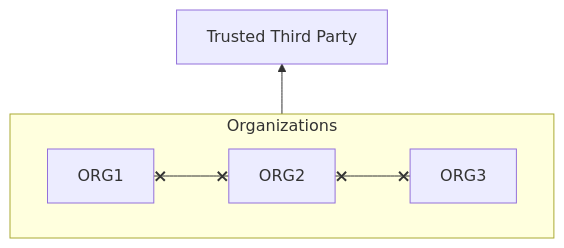
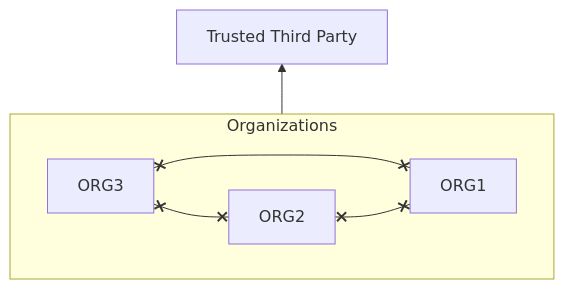
One commit to sawft99/Obsidian-SecPlus changed the second of 2 diagrams in Sec+/Chapter 19 - Authentication/Authentication Models.md. Above: the diagram before and after it, drawn with Mermaid. The commit also changed other lines of this file and 3 other files, not shown here.

````diff
--- a/Sec+/Chapter 19 - Authentication/Authentication Models.md
+++ b/Sec+/Chapter 19 - Authentication/Authentication Models.md
@@ -60,15 +64,16 @@
 ```mermaid
 flowchart BT
 
 subgraph ORGS[Organizations]
-direction LR
+direction RL
 ORG1
 ORG2
 ORG3
 end
 
 TTP[Trusted Third Party]
 
-ORG1 x--x ORG2 x--x ORG3
+ORG1 & ORG2 x--x ORG3
+ORG1 x--x ORG2
 ORGS --> TTP
 ```
````
